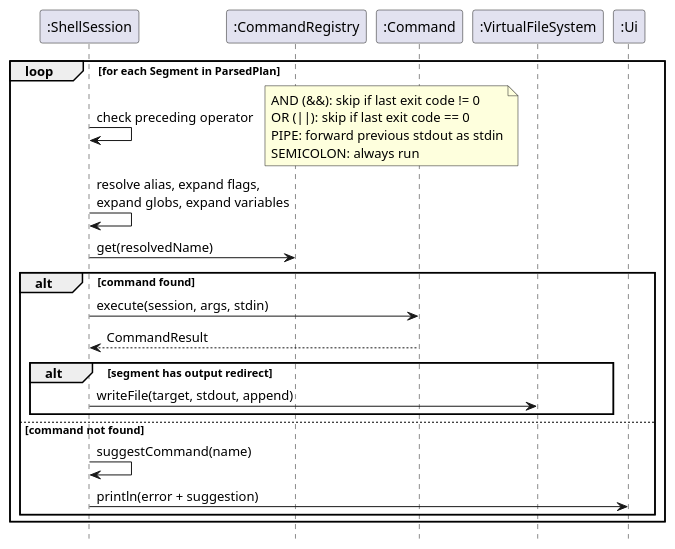
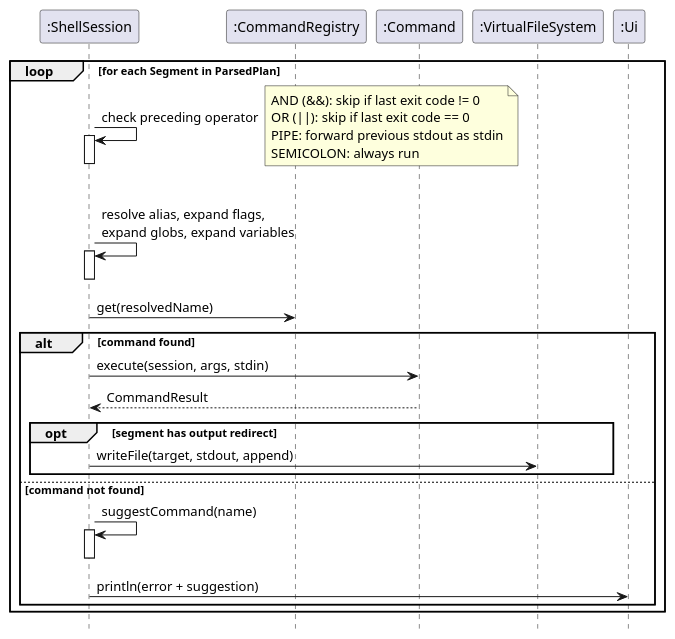
The diagram in docs/diagrams/RunPlanSequence.puml (Novgor0d/tp), drawn with PlantUML before and after one commit. The commit also changed 8 other files, not shown here.

First line of the commit message:
Fix UML diagram issues #119, #120, #121, #122

```diff
--- a/docs/diagrams/RunPlanSequence.puml
+++ b/docs/diagrams/RunPlanSequence.puml
@@ -1,37 +1,43 @@
 @startuml RunPlanSequence
 hide footbox
 participant ":ShellSession" as SS
 participant ":CommandRegistry" as CR
 participant ":Command" as CMD
 participant ":VirtualFileSystem" as VFS
 participant ":Ui" as UI
 
 loop for each Segment in ParsedPlan
 
   SS -> SS : check preceding operator
+  activate SS
   note right
     AND (&&): skip if last exit code != 0
     OR (||): skip if last exit code == 0
     PIPE: forward previous stdout as stdin
     SEMICOLON: always run
   end note
+  deactivate SS
 
   SS -> SS : resolve alias, expand flags,\nexpand globs, expand variables
+  activate SS
+  deactivate SS
 
   SS -> CR : get(resolvedName)
 
   alt command found
     SS -> CMD : execute(session, args, stdin)
     CMD --> SS : CommandResult
 
-    alt segment has output redirect
+    opt segment has output redirect
       SS -> VFS : writeFile(target, stdout, append)
     end
 
   else command not found
     SS -> SS : suggestCommand(name)
+    activate SS
+    deactivate SS
     SS -> UI : println(error + suggestion)
   end
 
 end
 @enduml
```
